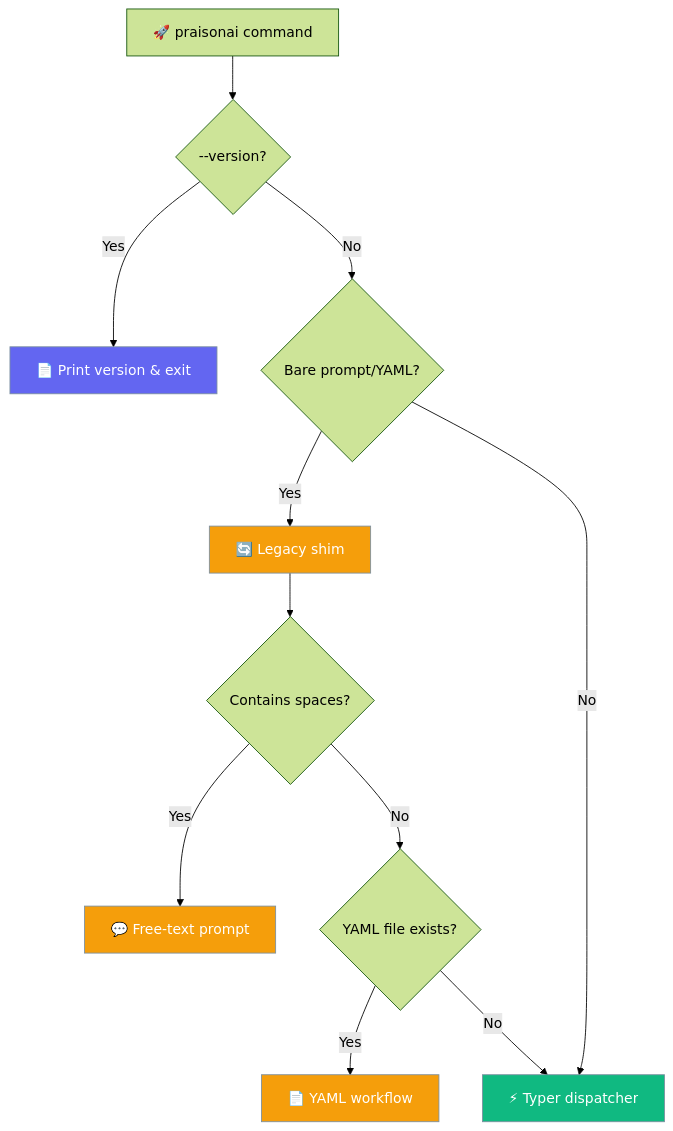
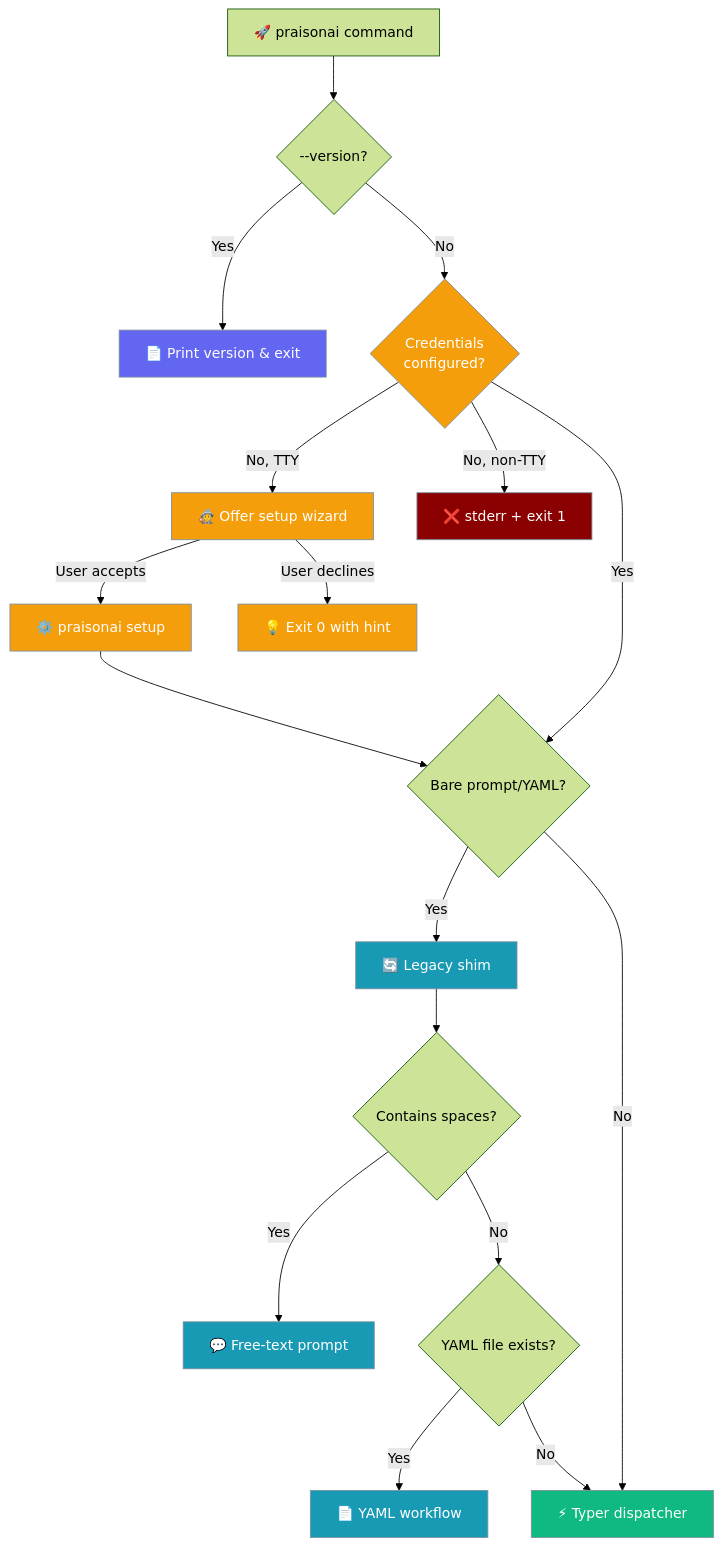
Before and after one commit to MervinPraison/PraisonAIDocs: the diagram in docs/cli/cli.mdx, drawn with Mermaid (forest theme). The commit also changed other lines of this file and 7 other files, not shown here.

First line of the commit message:
docs: document auth-aware first-run onboarding (fixes #698)

````diff
--- a/docs/cli/cli.mdx
+++ b/docs/cli/cli.mdx
@@ -21,22 +21,33 @@
 ```mermaid
 graph TB
     Start[🚀 praisonai command] --> Version{--version?}
     Version -->|Yes| PrintVersion[📄 Print version & exit]
-    Version -->|No| LegacyCheck{Bare prompt/YAML?}
+    Version -->|No| Auth{Credentials<br/>configured?}
+    Auth -->|No, TTY| Wizard[🧙 Offer setup wizard]
+    Auth -->|No, non-TTY| Err[❌ stderr + exit 1]
+    Auth -->|Yes| LegacyCheck{Bare prompt/YAML?}
+    Wizard -->|User accepts| SetupRun[⚙️ praisonai setup]
+    Wizard -->|User declines| Exit0[💡 Exit 0 with hint]
+    SetupRun --> LegacyCheck
     LegacyCheck -->|Yes| Legacy[🔄 Legacy shim]
     LegacyCheck -->|No| Typer[⚡ Typer dispatcher]
     
     Legacy --> PromptCheck{Contains spaces?}
     PromptCheck -->|Yes| FreeText[💬 Free-text prompt]
     PromptCheck -->|No| FileCheck{YAML file exists?}
     FileCheck -->|Yes| YAMLFile[📄 YAML workflow]
     FileCheck -->|No| Typer
     
     classDef version fill:#6366F1,stroke:#7C90A0,color:#fff
-    classDef legacy fill:#F59E0B,stroke:#7C90A0,color:#fff
+    classDef auth fill:#F59E0B,stroke:#7C90A0,color:#fff
+    classDef error fill:#8B0000,stroke:#7C90A0,color:#fff
+    classDef legacy fill:#189AB4,stroke:#7C90A0,color:#fff
     classDef typer fill:#10B981,stroke:#7C90A0,color:#fff
     
     class PrintVersion version
+    class Auth auth
+    class Wizard,SetupRun,Exit0 auth
+    class Err error
     class Legacy,FreeText,YAMLFile legacy
     class Typer typer
 ```
````
